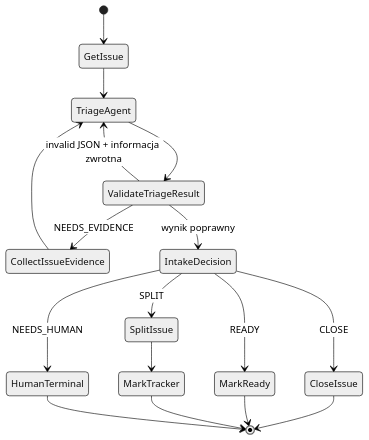
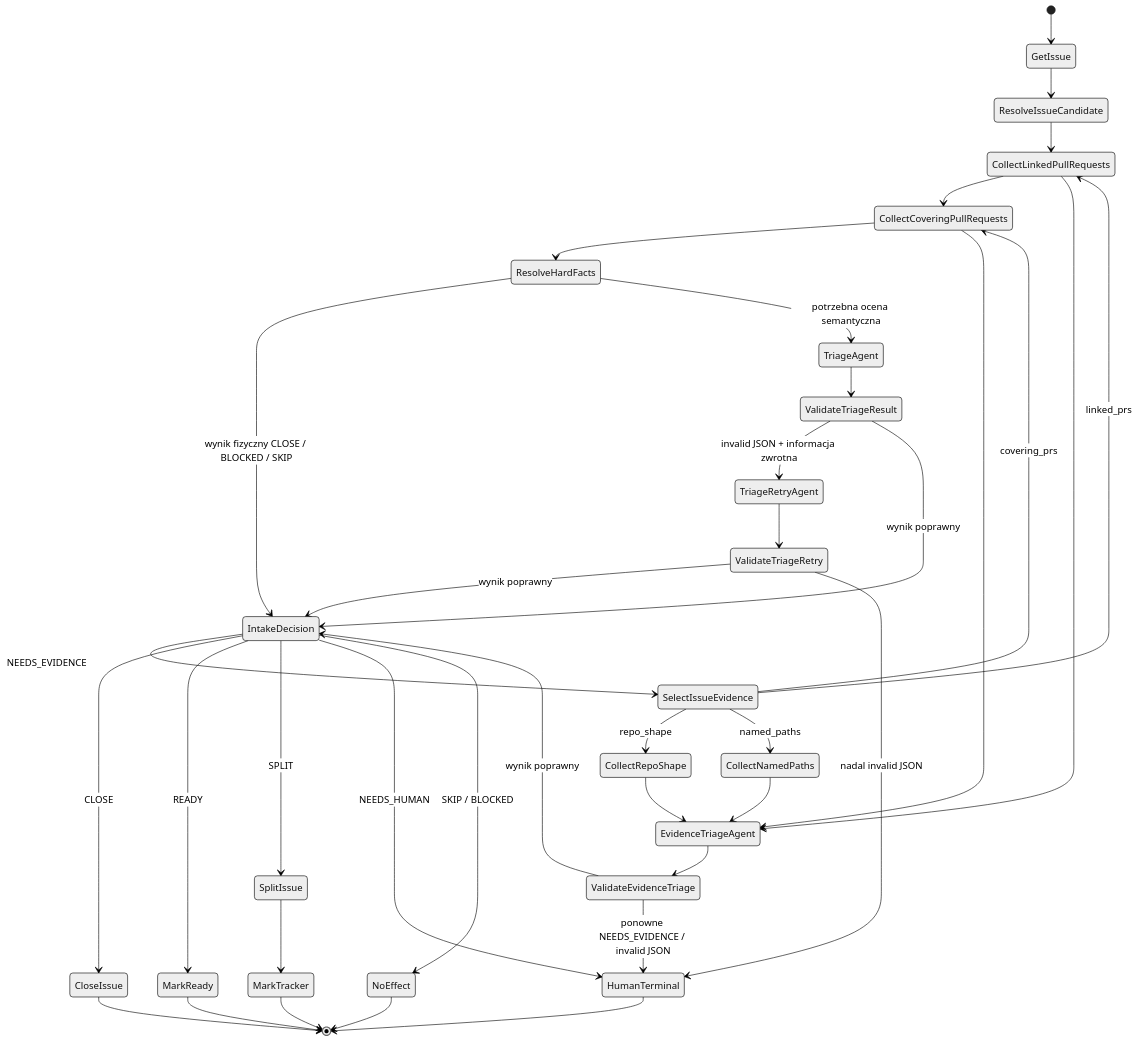
One commit to mikolaj92/lokay changed the second of 6 diagrams in README.md. Above: the diagram before and after it, drawn with Mermaid (neutral theme).

Commit message:
docs: define issue triage state boundary

````diff
--- a/README.md
+++ b/README.md
@@ -100,19 +100,39 @@
 ```mermaid
 stateDiagram-v2
     [*] --> GetIssue
-    GetIssue --> TriageAgent
+    GetIssue --> ResolveIssueCandidate
+    ResolveIssueCandidate --> CollectLinkedPullRequests
+    CollectLinkedPullRequests --> CollectCoveringPullRequests
+    CollectCoveringPullRequests --> ResolveHardFacts
+    ResolveHardFacts --> IntakeDecision: wynik fizyczny CLOSE / BLOCKED / SKIP
+    ResolveHardFacts --> TriageAgent: potrzebna ocena semantyczna
     TriageAgent --> ValidateTriageResult
-    ValidateTriageResult --> TriageAgent: invalid JSON + informacja zwrotna
-    ValidateTriageResult --> CollectIssueEvidence: NEEDS_EVIDENCE
-    CollectIssueEvidence --> TriageAgent
+    ValidateTriageResult --> TriageRetryAgent: invalid JSON + informacja zwrotna
+    TriageRetryAgent --> ValidateTriageRetry
+    ValidateTriageRetry --> IntakeDecision: wynik poprawny
+    ValidateTriageRetry --> HumanTerminal: nadal invalid JSON
     ValidateTriageResult --> IntakeDecision: wynik poprawny
+    IntakeDecision --> SelectIssueEvidence: NEEDS_EVIDENCE
+    SelectIssueEvidence --> CollectRepoShape: repo_shape
+    SelectIssueEvidence --> CollectNamedPaths: named_paths
+    SelectIssueEvidence --> CollectLinkedPullRequests: linked_prs
+    SelectIssueEvidence --> CollectCoveringPullRequests: covering_prs
+    CollectRepoShape --> EvidenceTriageAgent
+    CollectNamedPaths --> EvidenceTriageAgent
+    CollectLinkedPullRequests --> EvidenceTriageAgent
+    CollectCoveringPullRequests --> EvidenceTriageAgent
+    EvidenceTriageAgent --> ValidateEvidenceTriage
+    ValidateEvidenceTriage --> IntakeDecision: wynik poprawny
+    ValidateEvidenceTriage --> HumanTerminal: ponowne NEEDS_EVIDENCE / invalid JSON
     IntakeDecision --> CloseIssue: CLOSE
     IntakeDecision --> MarkReady: READY
     IntakeDecision --> SplitIssue: SPLIT
     IntakeDecision --> HumanTerminal: NEEDS_HUMAN
+    IntakeDecision --> NoEffect: SKIP / BLOCKED
     SplitIssue --> MarkTracker
     CloseIssue --> [*]
     MarkReady --> [*]
     MarkTracker --> [*]
+    NoEffect --> [*]
     HumanTerminal --> [*]
 ```
````
